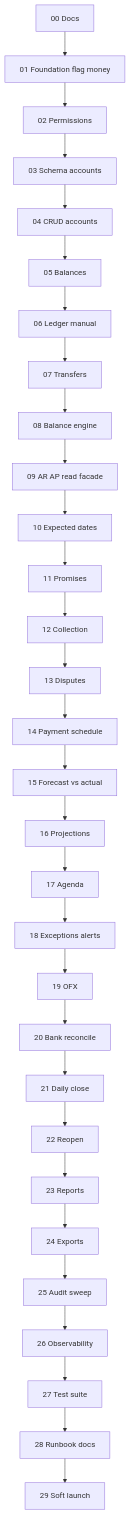
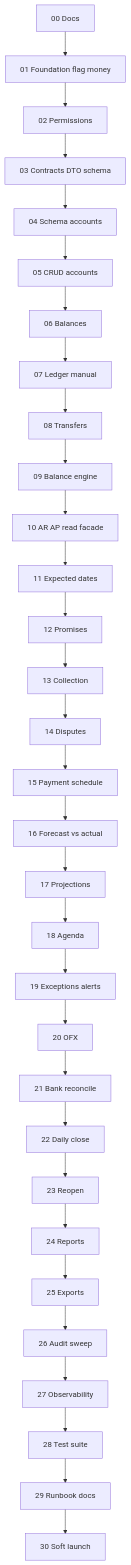
One commit to Pidluznyj/IndusCost changed the diagram in docs/treasury/03-IMPLEMENTATION-PLAN.md. Above: the diagram before and after it, drawn with Mermaid. The commit also changed other lines of this file and 22 other files, not shown here.

````diff
--- a/docs/treasury/03-IMPLEMENTATION-PLAN.md
+++ b/docs/treasury/03-IMPLEMENTATION-PLAN.md
@@ -67,32 +68,33 @@
 ```mermaid
 flowchart TD
   P00[00 Docs] --> P01[01 Foundation flag money]
   P01 --> P02[02 Permissions]
-  P02 --> P03[03 Schema accounts]
-  P03 --> P04[04 CRUD accounts]
-  P04 --> P05[05 Balances]
-  P05 --> P06[06 Ledger manual]
-  P06 --> P07[07 Transfers]
-  P07 --> P08[08 Balance engine]
-  P08 --> P09[09 AR AP read facade]
-  P09 --> P10[10 Expected dates]
-  P10 --> P11[11 Promises]
-  P11 --> P12[12 Collection]
-  P12 --> P13[13 Disputes]
-  P13 --> P14[14 Payment schedule]
-  P14 --> P15[15 Forecast vs actual]
-  P15 --> P16[16 Projections]
-  P16 --> P17[17 Agenda]
-  P17 --> P18[18 Exceptions alerts]
-  P18 --> P19[19 OFX]
-  P19 --> P20[20 Bank reconcile]
-  P20 --> P21[21 Daily close]
-  P21 --> P22[22 Reopen]
-  P22 --> P23[23 Reports]
-  P23 --> P24[24 Exports]
-  P24 --> P25[25 Audit sweep]
-  P25 --> P26[26 Observability]
-  P26 --> P27[27 Test suite]
-  P27 --> P28[28 Runbook docs]
-  P28 --> P29[29 Soft launch]
+  P02 --> P03[03 Contracts DTO schema]
+  P03 --> P04[04 Schema accounts]
+  P04 --> P05[05 CRUD accounts]
+  P05 --> P06[06 Balances]
+  P06 --> P07[07 Ledger manual]
+  P07 --> P08[08 Transfers]
+  P08 --> P09[09 Balance engine]
+  P09 --> P10[10 AR AP read facade]
+  P10 --> P11[11 Expected dates]
+  P11 --> P12[12 Promises]
+  P12 --> P13[13 Collection]
+  P13 --> P14[14 Disputes]
+  P14 --> P15[15 Payment schedule]
+  P15 --> P16[16 Forecast vs actual]
+  P16 --> P17[17 Projections]
+  P17 --> P18[18 Agenda]
+  P18 --> P19[19 Exceptions alerts]
+  P19 --> P20[20 OFX]
+  P20 --> P21[21 Bank reconcile]
+  P21 --> P22[22 Daily close]
+  P22 --> P23[23 Reopen]
+  P23 --> P24[24 Reports]
+  P24 --> P25[25 Exports]
+  P25 --> P26[26 Audit sweep]
+  P26 --> P27[27 Observability]
+  P27 --> P28[28 Test suite]
+  P28 --> P29[29 Runbook docs]
+  P29 --> P30[30 Soft launch]
 ```
````
